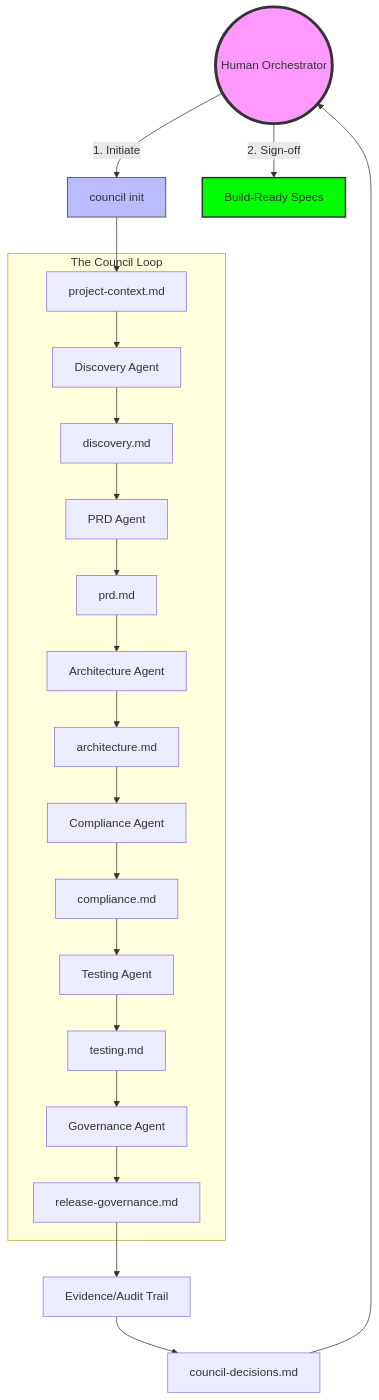
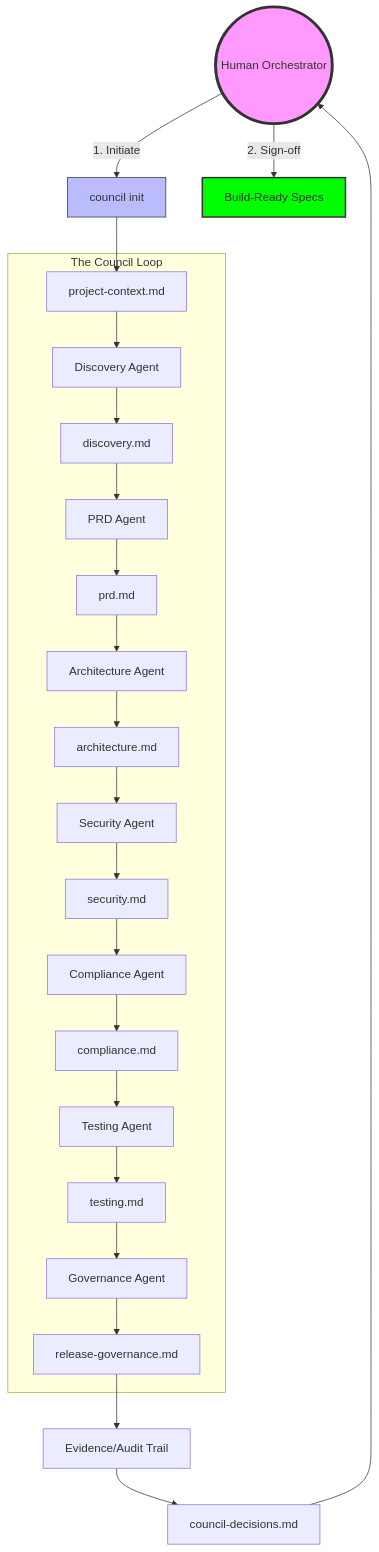
Before and after one commit to ai-solopreneur/councilai: the diagram in README.md, drawn with Mermaid. The commit also changed other lines of this file and 4 other files, not shown here.

Commit message:
Implement Security Agent with STRIDE and OWASP Top 10 for LLMs

````diff
--- a/README.md
+++ b/README.md
@@ -129,34 +130,37 @@
 ```mermaid
 graph TD
     User((Human Orchestrator)) -->|1. Initiate| Init[council init]
     Init --> Context[project-context.md]
     
     subgraph "The Council Loop"
         Context --> Discovery[Discovery Agent]
         Discovery --> DiscoveryArt[discovery.md]
         
         DiscoveryArt --> PRD[PRD Agent]
         PRD --> PRDArt[prd.md]
         
         PRDArt --> Arch[Architecture Agent]
         Arch --> ArchArt[architecture.md]
         
-        ArchArt --> Compliance[Compliance Agent]
+        ArchArt --> Security[Security Agent]
+        Security --> SecurityArt[security.md]
+        
+        SecurityArt --> Compliance[Compliance Agent]
         Compliance --> CompArt[compliance.md]
         
         CompArt --> Testing[Testing Agent]
         Testing --> TestArt[testing.md]
         
         TestArt --> Governance[Governance Agent]
         Governance --> GovArt[release-governance.md]
     end
     
     GovArt --> Audit[Evidence/Audit Trail]
     Audit --> Decision[council-decisions.md]
     Decision --> User
     User -->|2. Sign-off| Release[Build-Ready Specs]
     
     style User fill:#f9f,stroke:#333,stroke-width:4px
     style Release fill:#00ff00,stroke:#333,stroke-width:2px
     style Init fill:#bbf,stroke:#333
 ```
````
